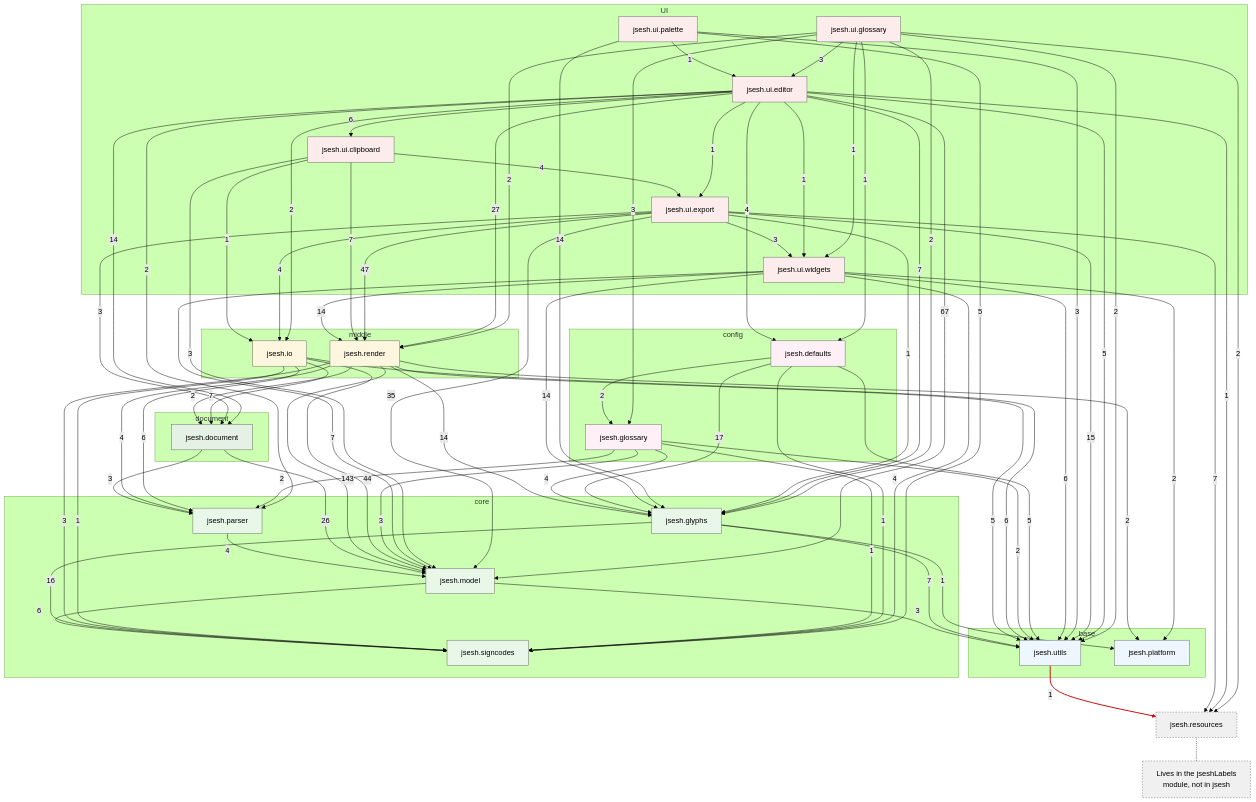
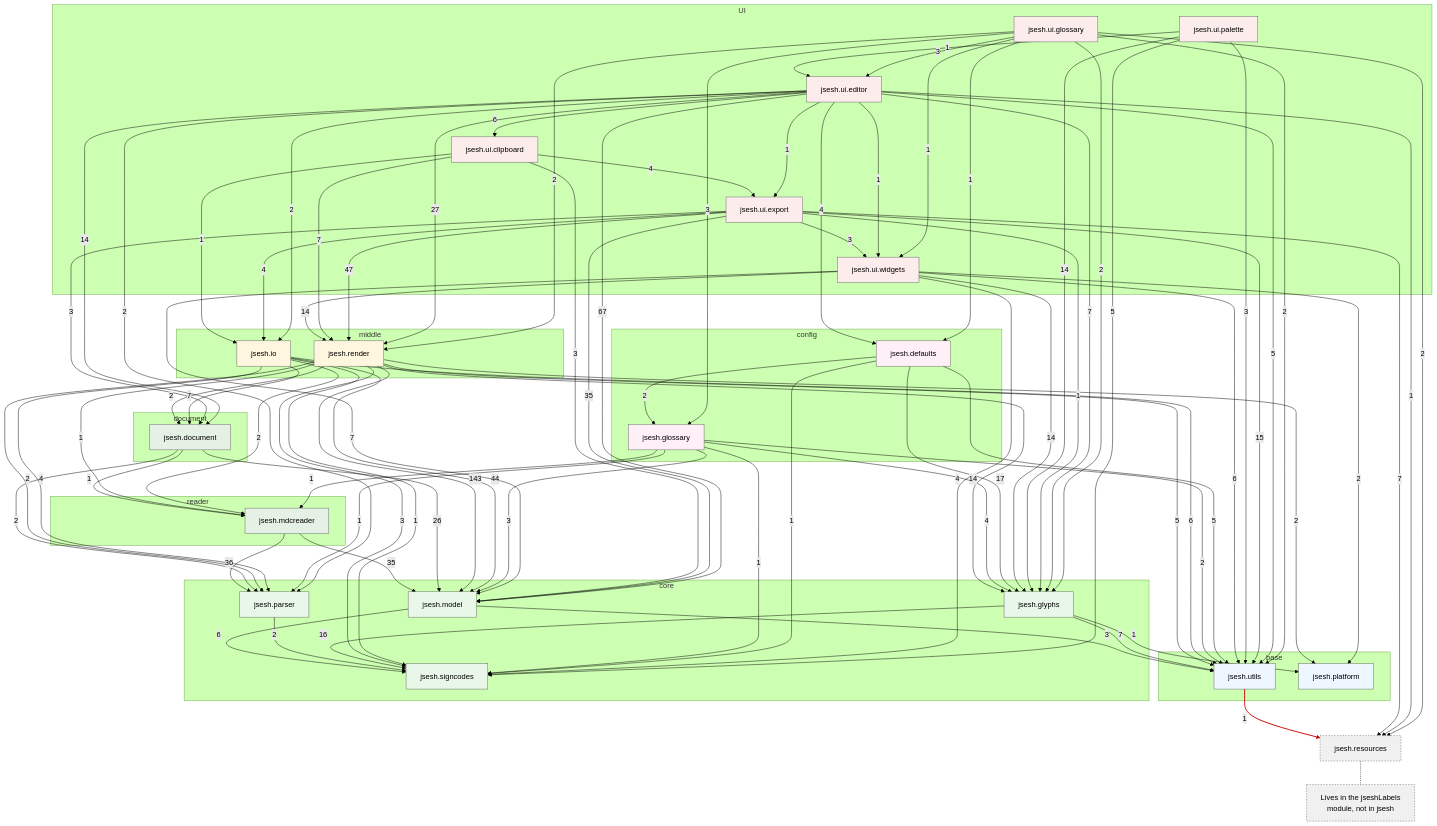
One commit to rosmord/jsesh changed the first of 3 diagrams in 00_Documents/documentation/jsesh-package-dependencies.md. Above: the diagram before and after it, drawn with Mermaid (forest theme). The commit also changed other lines of this file and 32 other files, not shown here.

Commit message:
separated model and parser completely. Introduced jsesh.mdcreader

````diff
--- a/00_Documents/documentation/jsesh-package-dependencies.md
+++ b/00_Documents/documentation/jsesh-package-dependencies.md
@@ -21,7 +21,12 @@
 ```mermaid
 %%{init: {"flowchart": {"htmlLabels": true}} }%%
 flowchart TD
-    %% State as of 2026-07-21, after:
+    %% State as of 2026-09-24, after:
+    %%   - jsesh.parser -> jsesh.model removed: MDCParserModelGenerator and
+    %%     AstModelBuilder moved to the new jsesh.mdcreader package, and the
+    %%     AST now stores the lexer's own enums instead of model constants.
+    %%     Edges touching parser/mdcreader recounted on 2026-09-24; the others
+    %%     are still the 2026-07-21 counts.
     %%   - jsesh.glyphs -> jsesh.ui.widgets removed: the dead `import` that
     %%     outlived its {@link} in UserSignWriter is gone. jsesh.glyphs now has
     %%     three outgoing edges, all pointing down, and nothing below the UI layer
@@ -67,6 +72,10 @@
         glyphs[jsesh.glyphs]
     end
 
+    subgraph Reader[reader]
+        mdc[jsesh.mdcreader]
+    end
+
     subgraph Document[document]
         doc[jsesh.document]
     end
@@ -95,28 +104,34 @@
     utils -->|1| res
     model -->|6| signcodes
     model -->|3| utils
-    parser -->|4| model
+    parser -->|2| signcodes
+    mdc -->|36| parser
+    mdc -->|35| model
     glyphs -->|16| signcodes
     glyphs -->|7| utils
     glyphs -->|1| platform
     doc -->|26| model
-    doc -->|3| parser
+    doc -->|2| parser
+    doc -->|1| mdc
     render -->|143| model
     render -->|14| glyphs
     render -->|5| utils
-    render -->|4| parser
+    render -->|2| parser
+    render -->|1| mdc
     render -->|3| signcodes
     render -->|2| doc
     render -->|2| platform
     io -->|44| model
     io -->|7| doc
     io -->|6| utils
-    io -->|6| parser
+    io -->|4| parser
+    io -->|2| mdc
     io -->|1| signcodes
     gloss -->|4| glyphs
     gloss -->|3| model
     gloss -->|2| utils
-    gloss -->|2| parser
+    gloss -->|1| parser
+    gloss -->|1| mdc
     gloss -->|1| signcodes
     defaults -->|17| glyphs
     defaults -->|5| utils
@@ -168,6 +183,7 @@
 
     class utils,platform base;
     class signcodes,model,parser,glyphs core;
+    class mdc docLayer;
     class doc docLayer;
     class io,render mid;
     class gloss,defaults conf;
````
